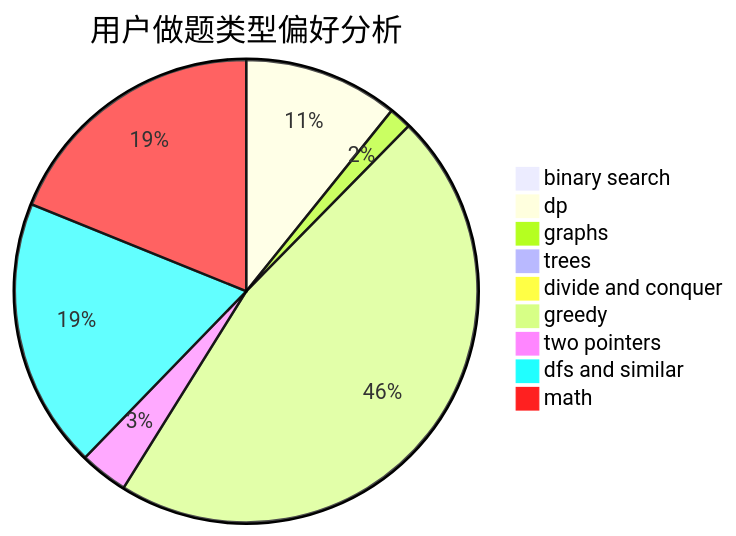
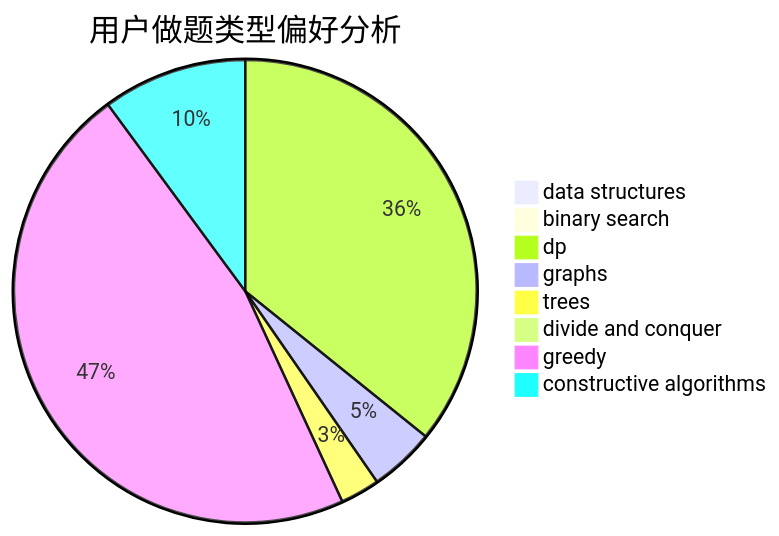
One commit to sherpahu/cfrs.github.io changed the second of 3 diagrams in docs/user/u161.md. Above: the diagram before and after it, drawn with Mermaid. The commit also changed other lines of this file and 2775 other files, not shown here.

````diff
--- a/docs/user/u161.md
+++ b/docs/user/u161.md
@@ -23,12 +23,11 @@
 ```mermaid
 pie title 用户做题类型偏好分析
-    "binary search" :  3
-    "dp" :  48
-    "graphs" :  7
-    "trees" :  4
+    "data structures" :  0
+    "binary search" :  0
+    "dp" :  39
+    "graphs" :  5
+    "trees" :  3
     "divide and conquer" :  0
-    "greedy" :  207
-    "two pointers" :  15
-    "dfs and similar" :  84
-    "math" :  84
+    "greedy" :  51
+    "constructive algorithms" :  11
 ```
````
